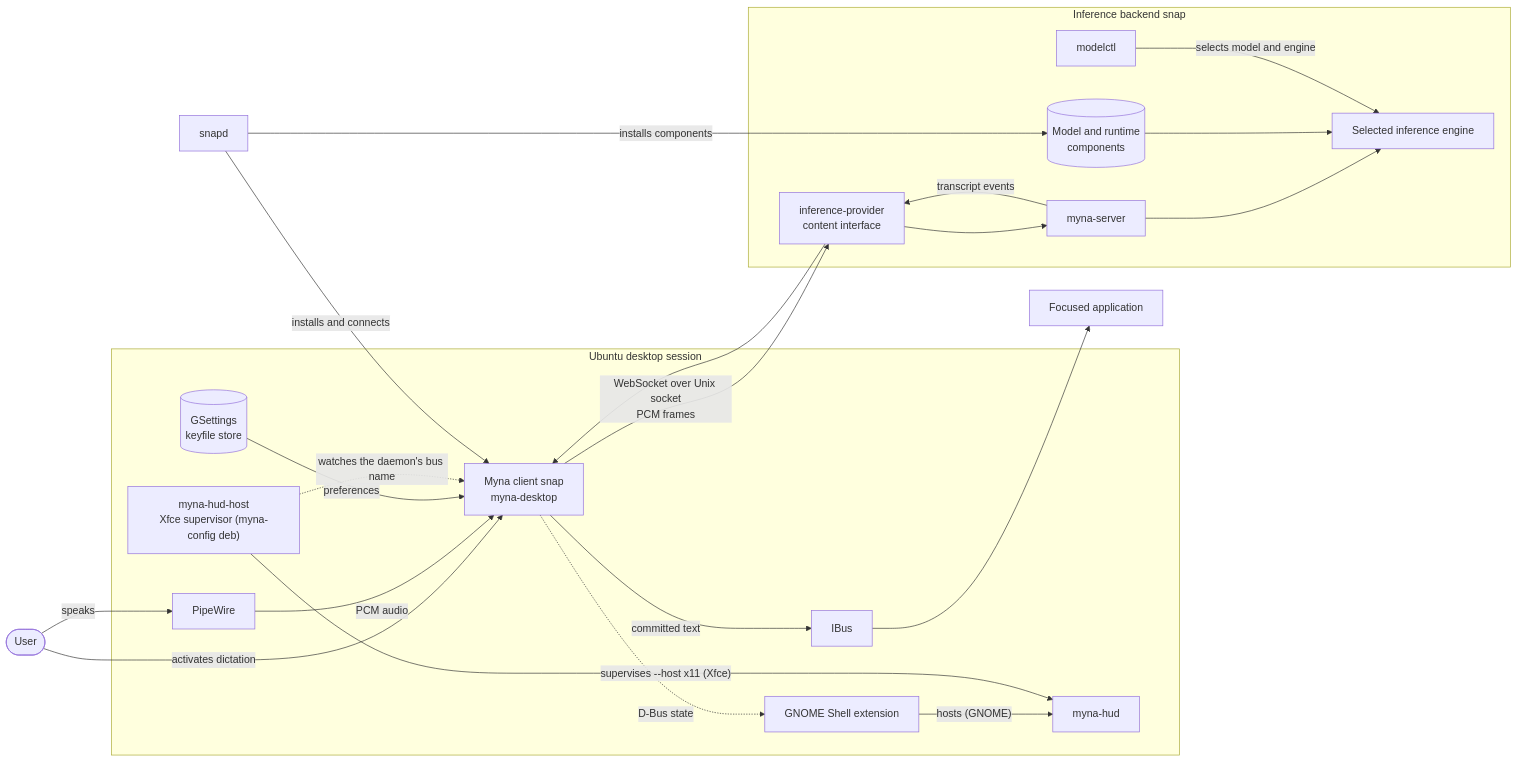
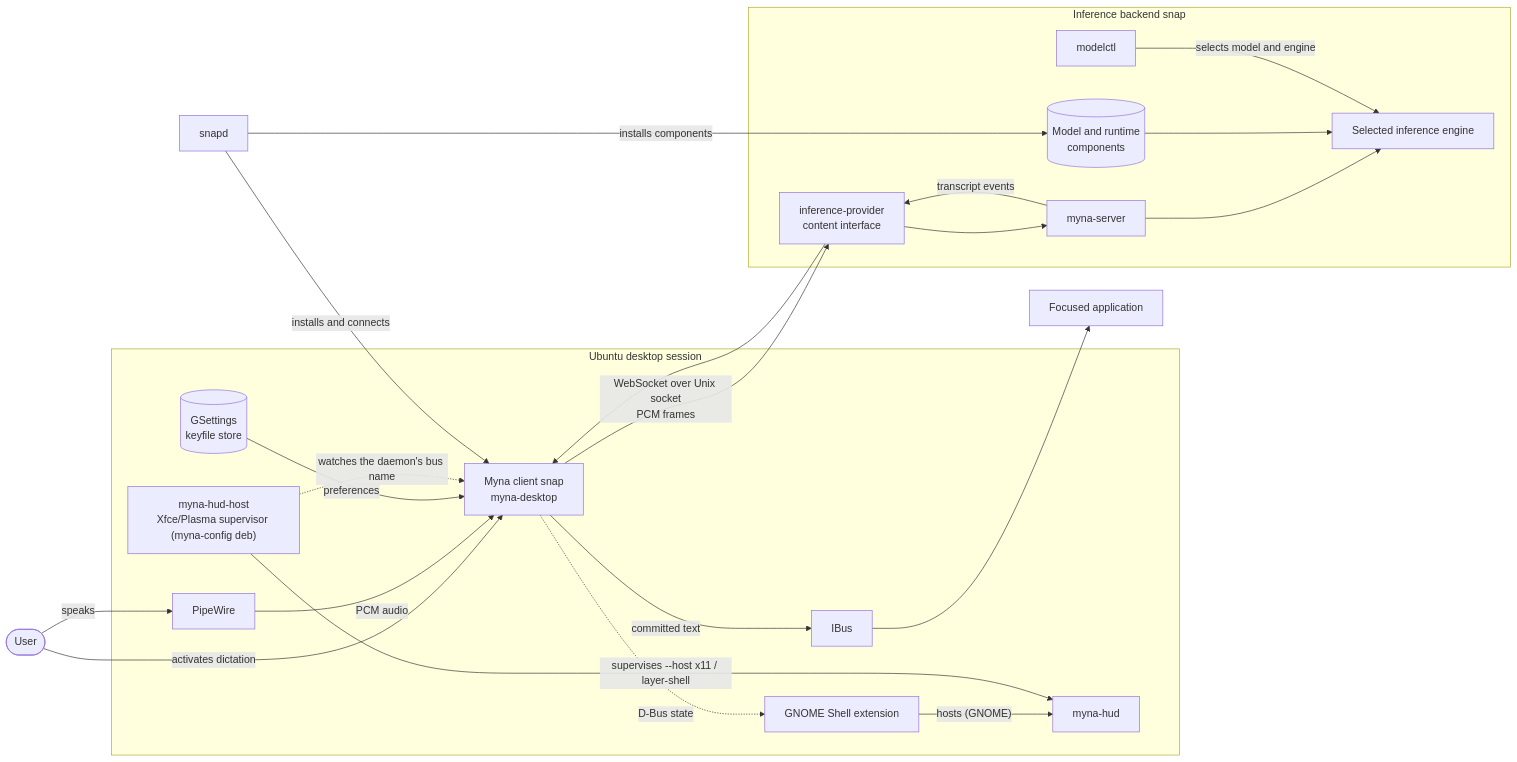
Before and after one commit to canonical/myna: the diagram in .kb/system-architecture.md, drawn with Mermaid. The commit also changed other lines of this file and 5 other files, not shown here.

Commit message:
docs: record the HUD host on Plasma

````diff
--- a/.kb/system-architecture.md
+++ b/.kb/system-architecture.md
@@ -9,47 +9,47 @@
 ```mermaid
 flowchart LR
     user([User])
     app["Focused application"]
     snapd["snapd"]
 
     subgraph desktop["Ubuntu desktop session"]
         pipewire["PipeWire"]
         client["Myna client snap<br/>myna-desktop"]
         settings[("GSettings<br/>keyfile store")]
         ibus["IBus"]
         shell["GNOME Shell extension"]
         hud["myna-hud"]
-        hudhost["myna-hud-host<br/>Xfce supervisor (myna-config deb)"]
+        hudhost["myna-hud-host<br/>Xfce/Plasma supervisor (myna-config deb)"]
     end
 
     subgraph inference["Inference backend snap"]
         socket["inference-provider<br/>content interface"]
         server["myna-server"]
         engine["Selected inference engine"]
         artifacts[("Model and runtime<br/>components")]
         modelctl["modelctl"]
     end
 
     user -->|"speaks"| pipewire
     user -->|"activates dictation"| client
     pipewire -->|"PCM audio"| client
     settings -->|"preferences"| client
 
     client -->|"WebSocket over Unix socket<br/>PCM frames"| socket
     socket --> server
     server --> engine
     artifacts --> engine
     server -->|"transcript events"| socket
     socket --> client
 
     client -->|"committed text"| ibus
     ibus --> app
     client -.->|"D-Bus state"| shell
     shell -->|"hosts (GNOME)"| hud
-    hudhost -->|"supervises --host x11 (Xfce)"| hud
+    hudhost -->|"supervises --host x11 / layer-shell"| hud
     hudhost -.->|"watches the daemon's bus name"| client
 
     snapd -->|"installs and connects"| client
     snapd -->|"installs components"| artifacts
     modelctl -->|"selects model and engine"| engine
 ```
````
